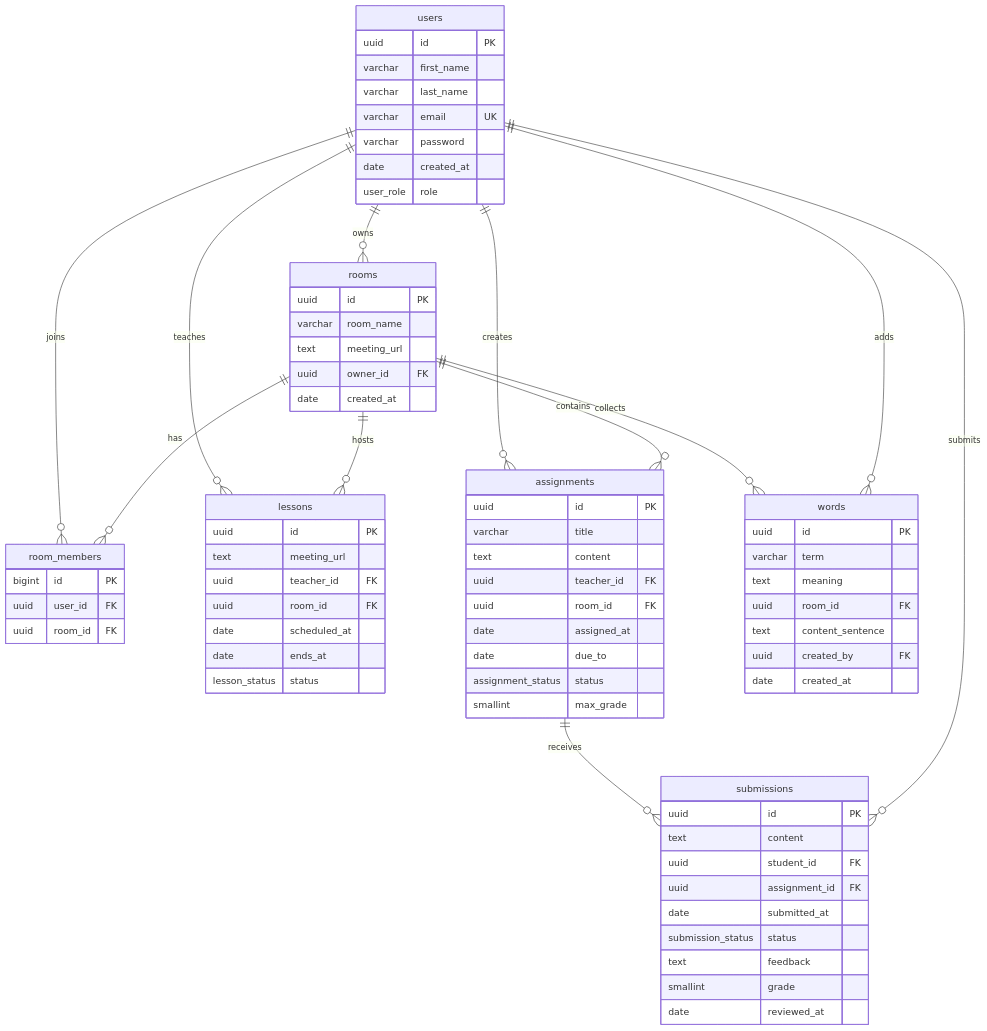
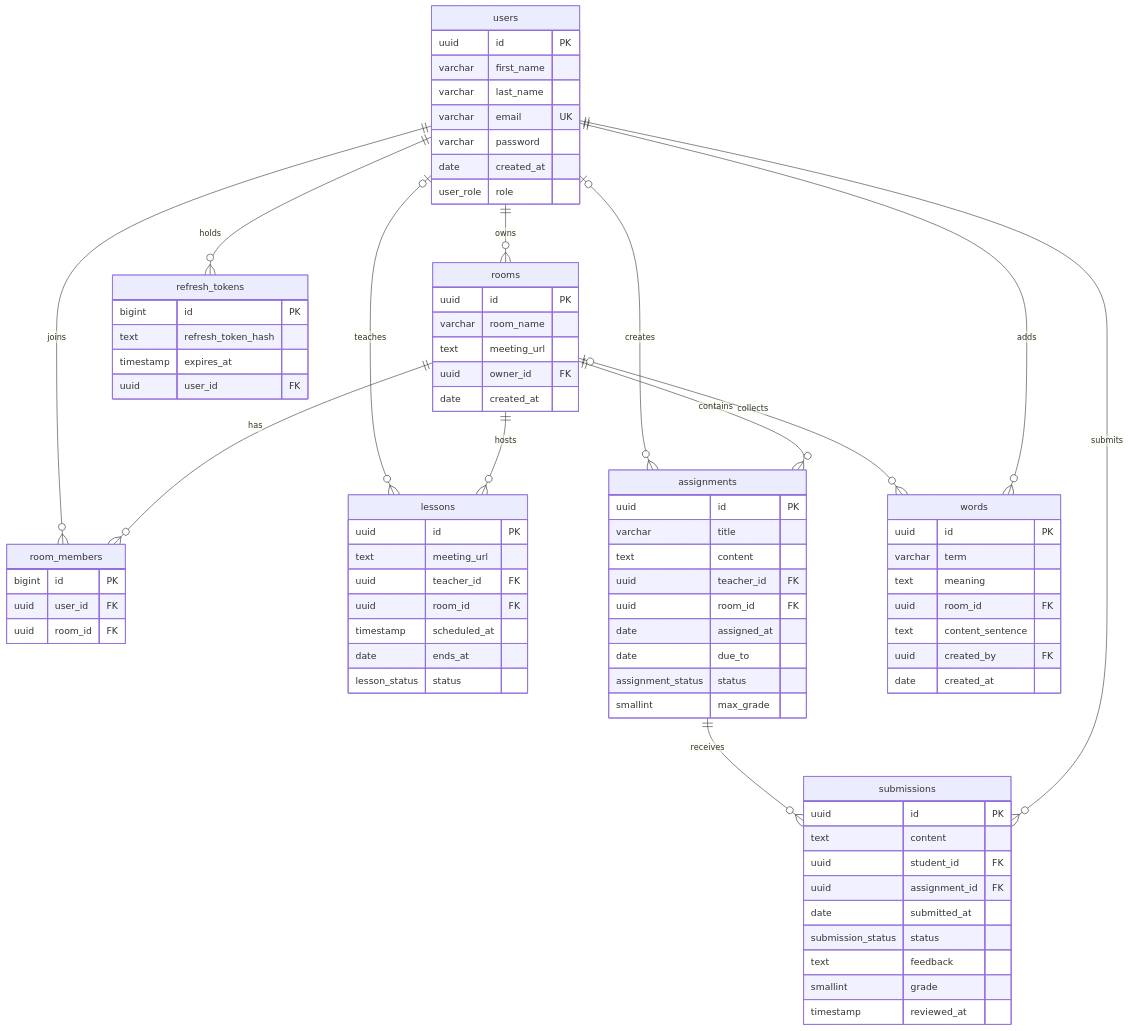
The diagram in apps/api/docs/database.md (feddevv/linguistix), drawn with Mermaid before and after one commit. The commit also changed other lines of this file and 1 other file, not shown here.

````diff
--- a/apps/api/docs/database.md
+++ b/apps/api/docs/database.md
@@ -23,16 +24,17 @@
 ```mermaid
 erDiagram
-    users ||--o{ rooms        : "owns"
-    users ||--o{ room_members : "joins"
-    rooms ||--o{ room_members : "has"
-    users ||--o{ lessons      : "teaches"
-    rooms ||--o{ lessons      : "hosts"
-    users ||--o{ assignments  : "creates"
-    rooms ||--o{ assignments  : "contains"
+    users ||--o{ rooms          : "owns"
+    users ||--o{ room_members   : "joins"
+    rooms ||--o{ room_members   : "has"
+    users |o--o{ lessons        : "teaches"
+    rooms ||--o{ lessons        : "hosts"
+    users |o--o{ assignments    : "creates"
+    rooms ||--o{ assignments    : "contains"
     assignments ||--o{ submissions : "receives"
-    users ||--o{ submissions  : "submits"
-    rooms ||--o{ words        : "collects"
-    users ||--o{ words        : "adds"
+    users ||--o{ submissions    : "submits"
+    rooms |o--o{ words          : "collects"
+    users ||--o{ words          : "adds"
+    users ||--o{ refresh_tokens : "holds"
 
     users {
         uuid      id PK
@@ -63,7 +65,7 @@
         text          meeting_url
         uuid          teacher_id FK
         uuid          room_id FK
-        date          scheduled_at
+        timestamp     scheduled_at
         date          ends_at
         lesson_status status
     }
@@ -89,7 +91,7 @@
         submission_status status
         text              feedback
         smallint          grade
-        date              reviewed_at
+        timestamp         reviewed_at
     }
 
     words {
@@ -101,4 +103,11 @@
         uuid    created_by FK
         date    created_at
     }
+
+    refresh_tokens {
+        bigint    id PK
+        text      refresh_token_hash
+        timestamp expires_at
+        uuid      user_id FK
+    }
 ```
````
